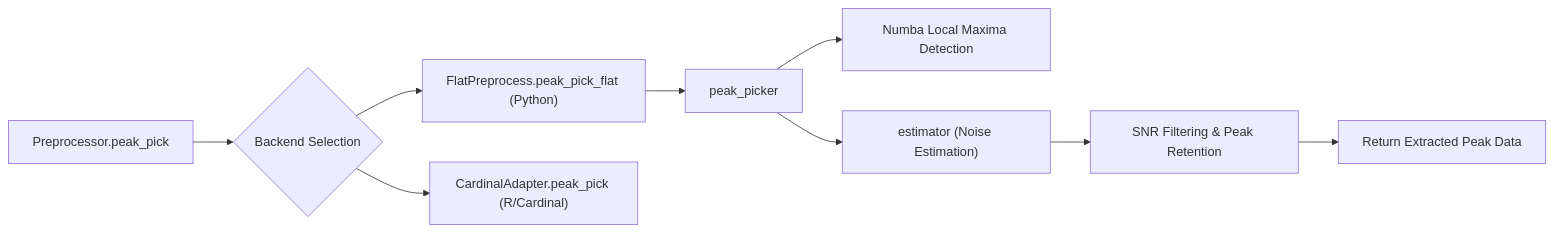
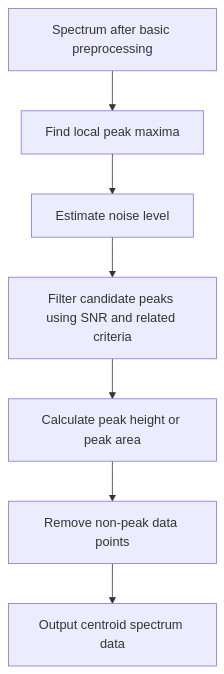
Before and after one commit to NeoNexusX/MassFlow: the diagram in docs/en/peak_pick.md, drawn with Mermaid. The commit also changed other lines of this file and 20 other files, not shown here.

````diff
--- a/docs/en/peak_pick.md
+++ b/docs/en/peak_pick.md
@@ -29,11 +110,9 @@
 ```mermaid
-graph LR
-  A["Preprocessor.peak_pick"] --> B{Backend Selection}
-  B --> C["FlatPreprocess.peak_pick_flat (Python)"]
-  B --> D["CardinalAdapter.peak_pick (R/Cardinal)"]
-  C --> E[peak_picker]
-  E --> F["Numba Local Maxima Detection"]
-  E --> G["estimator (Noise Estimation)"]
-  G --> H["SNR Filtering & Peak Retention"]
-  H --> I["Return Extracted Peak Data"]
+graph TD
+  A["Spectrum after basic preprocessing"] --> B["Find local peak maxima"]
+  B --> C["Estimate noise level"]
+  C --> D["Filter candidate peaks using SNR and related criteria"]
+  D --> E["Calculate peak height or peak area"]
+  E --> F["Remove non-peak data points"]
+  F --> G["Output centroid spectrum data"]
 ```
````
